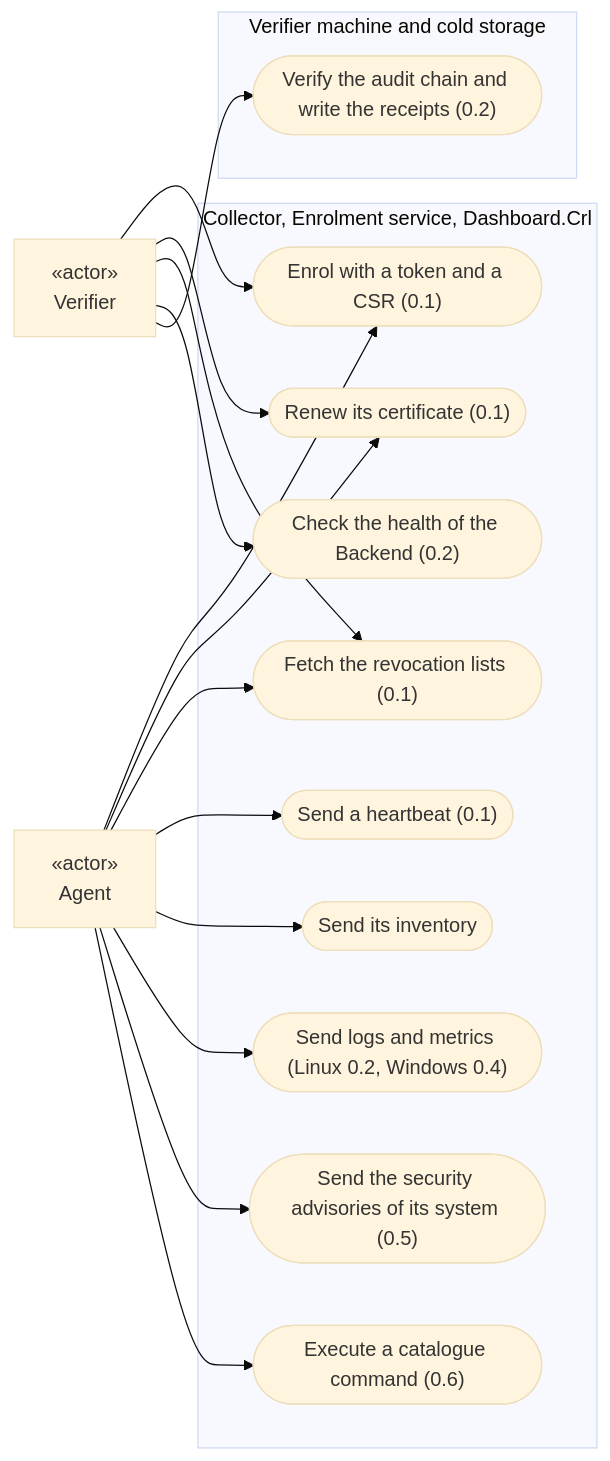
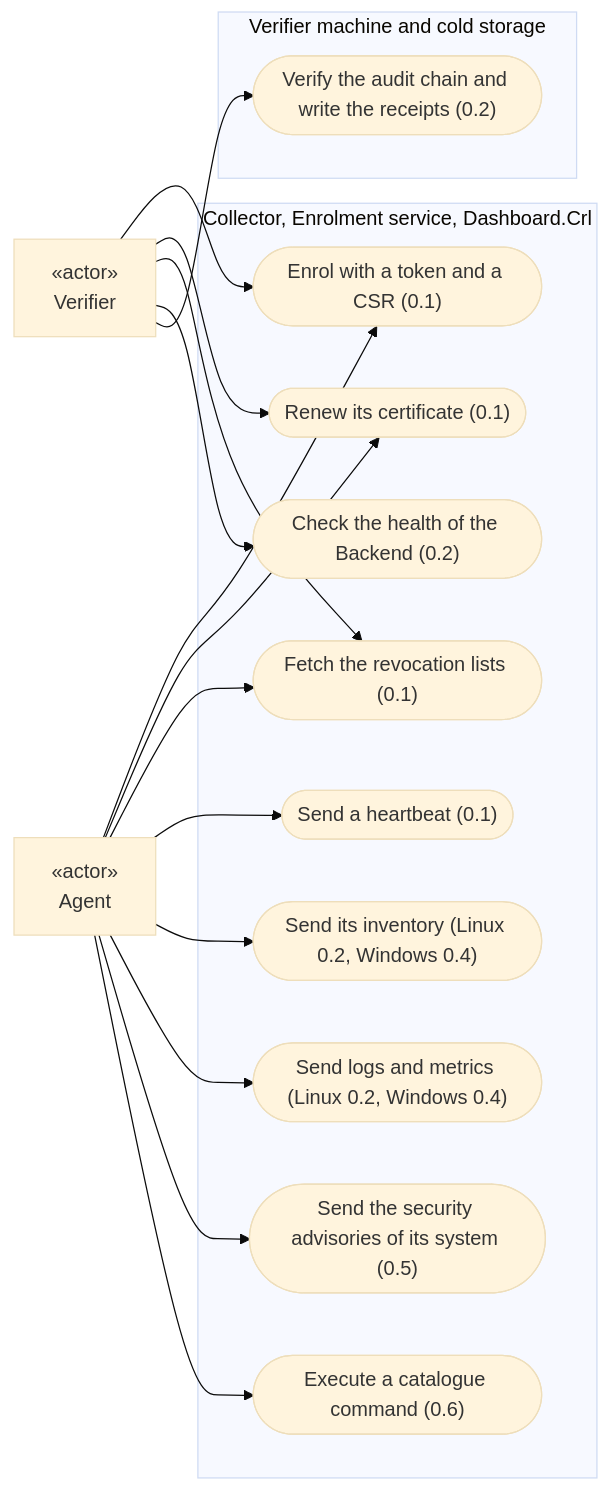
One commit to micdef/Dashboard changed the fifth of 6 diagrams in doc/analyse/uml/v1/use-cases.md. Above: the diagram before and after it, drawn with Mermaid (base theme). The commit also changed other lines of this file and 3 other files, not shown here.

````diff
--- a/doc/analyse/uml/v1/use-cases.md
+++ b/doc/analyse/uml/v1/use-cases.md
@@ -173,35 +190,35 @@
 ```mermaid
 flowchart LR
     Agent["«actor»<br/>Agent"]
     Verifier["«actor»<br/>Verifier"]
 
     subgraph Backend ["Collector, Enrolment service, Dashboard.Crl"]
         Enrol(["Enrol with a token and a CSR (0.1)"])
         Renew(["Renew its certificate (0.1)"])
         Crl(["Fetch the revocation lists (0.1)"])
         Heartbeat(["Send a heartbeat (0.1)"])
-        Inventory(["Send its inventory"])
+        Inventory(["Send its inventory (Linux 0.2, Windows 0.4)"])
         Telemetry(["Send logs and metrics (Linux 0.2, Windows 0.4)"])
         Advisories(["Send the security advisories of its system (0.5)"])
         Execute(["Execute a catalogue command (0.6)"])
         HealthCheck(["Check the health of the Backend (0.2)"])
     end
 
     subgraph VerifierMachine ["Verifier machine and cold storage"]
         VerifyChain(["Verify the audit chain and write the receipts (0.2)"])
     end
 
     Agent --> Enrol
     Agent --> Renew
     Agent --> Crl
     Agent --> Heartbeat
     Agent --> Inventory
     Agent --> Telemetry
     Agent --> Advisories
     Agent --> Execute
     Verifier --> Enrol
     Verifier --> Renew
     Verifier --> Crl
     Verifier --> HealthCheck
     Verifier --> VerifyChain
 ```
````
